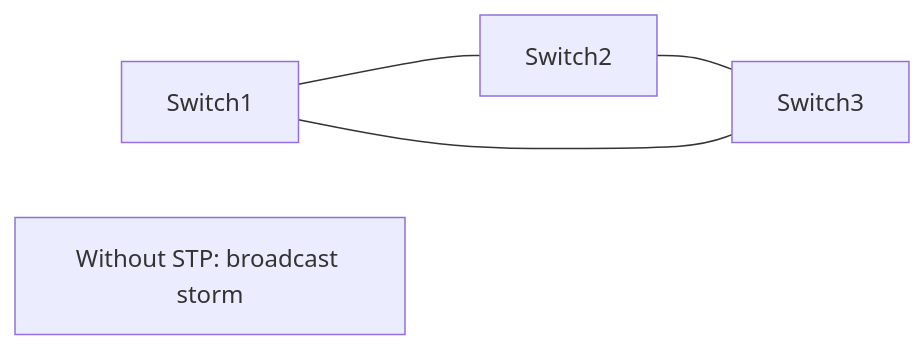
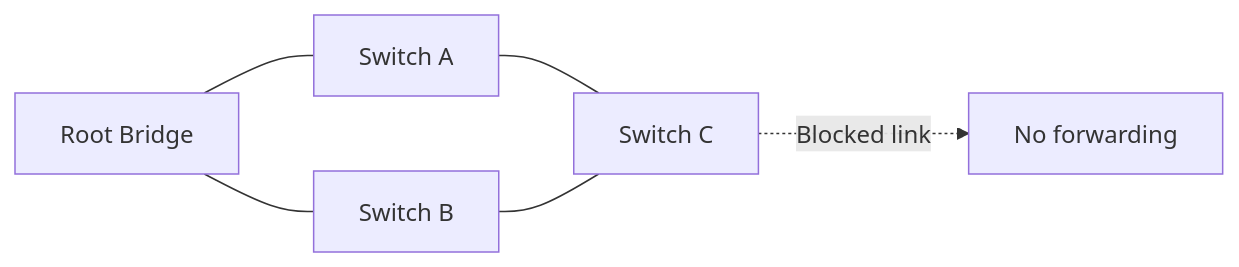
The fourth of 36 diagrams in learning/11-protocols-reference.md (omnayak27199/pktana), drawn with Mermaid before and after one commit. The commit also changed other lines of this file and 14 other files, not shown here.

````diff
--- a/learning/11-protocols-reference.md
+++ b/learning/11-protocols-reference.md
@@ -87,7 +343,8 @@
 ```mermaid
 flowchart LR
-  S1[Switch1] --- S2[Switch2]
-  S2 --- S3[Switch3]
-  S3 --- S1
-  Note1[Without STP: broadcast storm]
+  R[Root Bridge] --- A[Switch A]
+  R --- B[Switch B]
+  A --- C[Switch C]
+  B --- C
+  C -.->|Blocked link| X[No forwarding]
 ```
````
